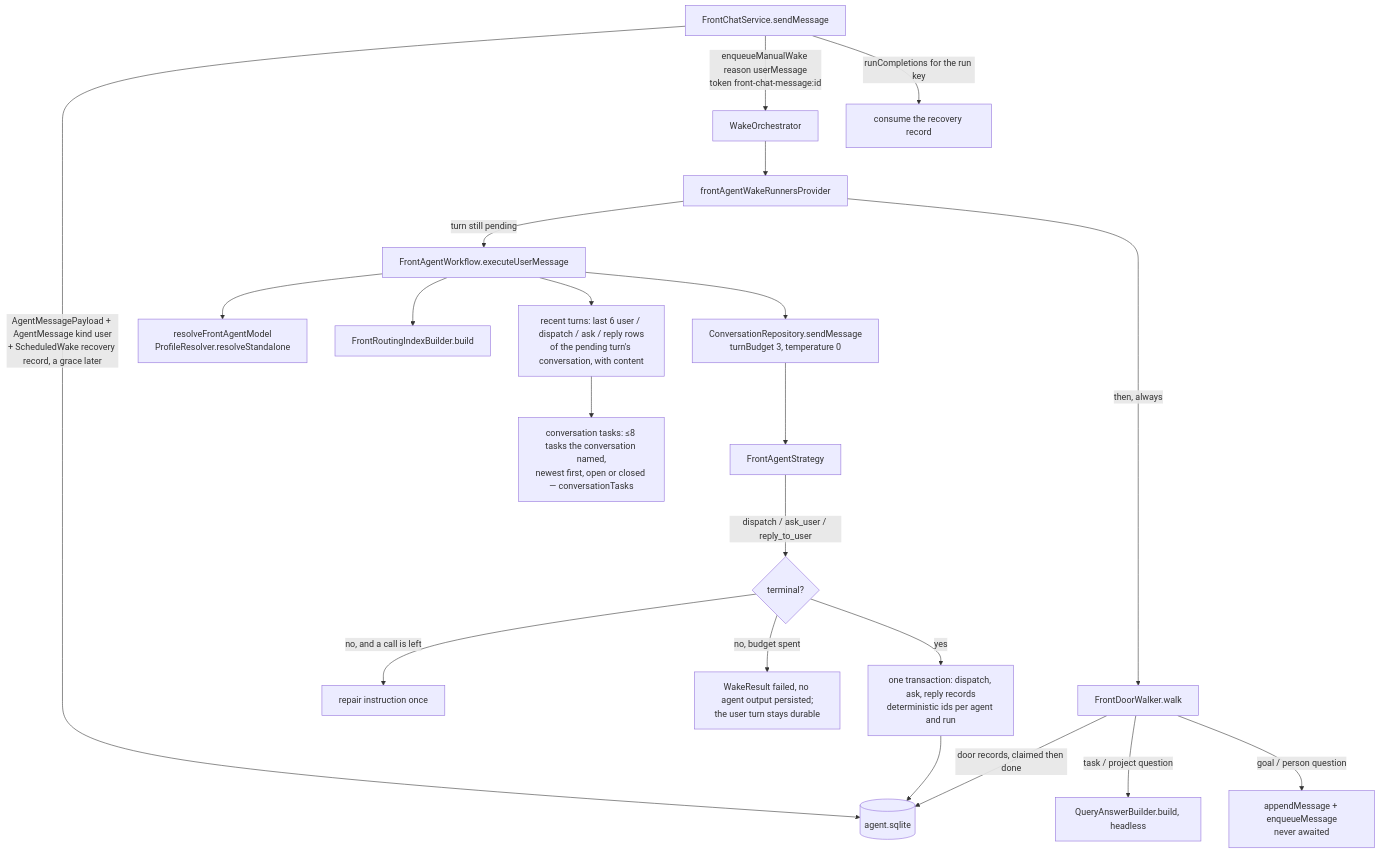
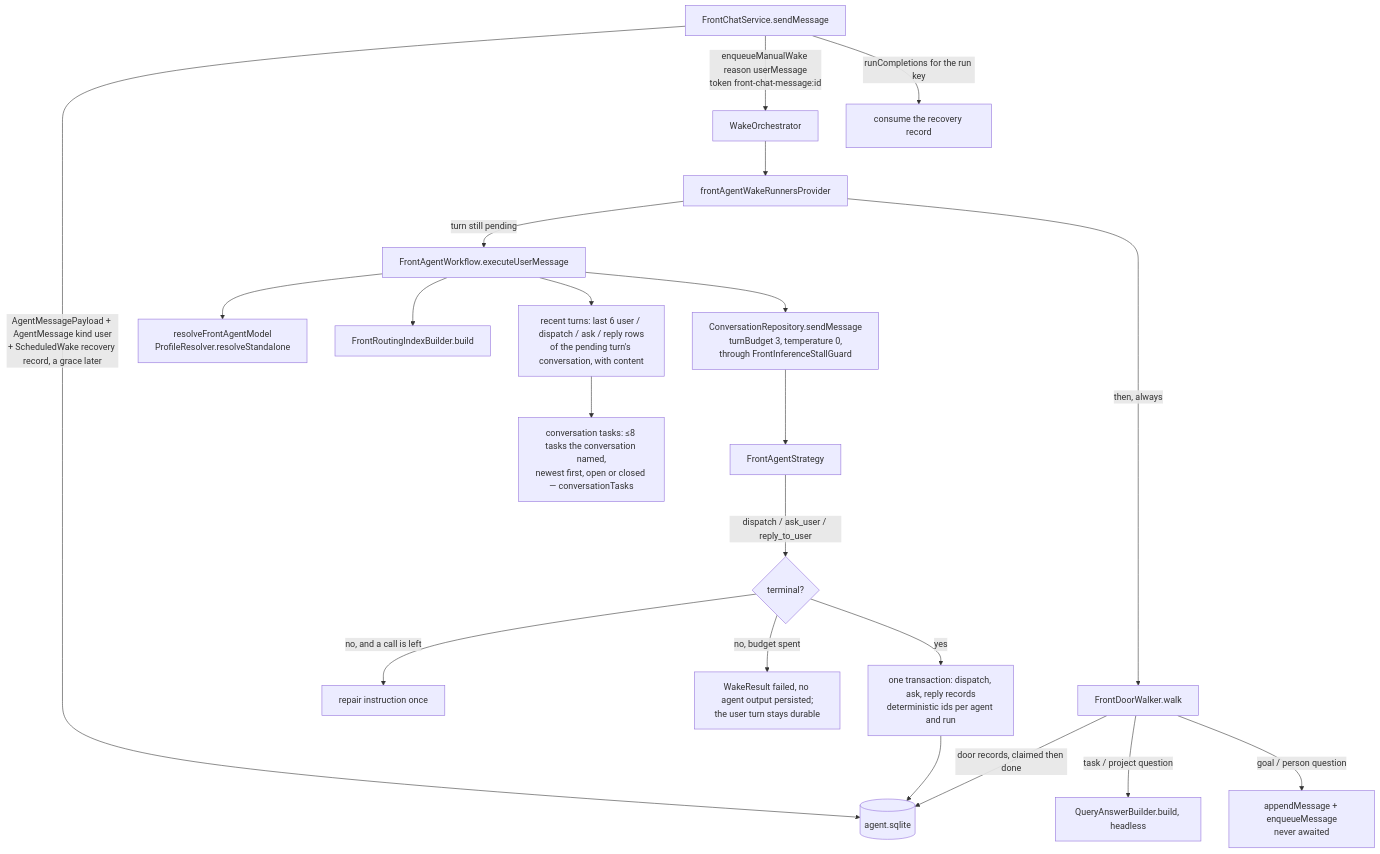
Before and after one commit to matthiasn/lotti: the first of 12 diagrams in knowledge/features/front_agent.md, drawn with Mermaid. The commit also changed other lines of this file and 42 other files, not shown here.

````diff
--- a/knowledge/features/front_agent.md
+++ b/knowledge/features/front_agent.md
@@ -233,23 +241,23 @@
 ```mermaid
 flowchart TD
   U[FrontChatService.sendMessage] -->|AgentMessagePayload + AgentMessage kind user<br/>+ ScheduledWake recovery record, a grace later| D[(agent.sqlite)]
   U -->|enqueueManualWake reason userMessage<br/>token front-chat-message:id| W[WakeOrchestrator]
   W --> R[frontAgentWakeRunnersProvider]
   R -->|turn still pending| X[FrontAgentWorkflow.executeUserMessage]
   R -->|then, always| K[FrontDoorWalker.walk]
   K -->|door records, claimed then done| D
   K -->|task / project question| Q[QueryAnswerBuilder.build, headless]
   K -->|goal / person question| G[appendMessage + enqueueMessage<br/>never awaited]
   U -->|runCompletions for the run key| V[consume the recovery record]
   X --> M[resolveFrontAgentModel<br/>ProfileResolver.resolveStandalone]
   X --> I[FrontRoutingIndexBuilder.build]
   X --> T[recent turns: last 6 user / dispatch / ask / reply rows<br/>of the pending turn's conversation, with content]
   T --> N[conversation tasks: ≤8 tasks the conversation named,<br/>newest first, open or closed — conversationTasks]
-  X --> C[ConversationRepository.sendMessage<br/>turnBudget 3, temperature 0]
+  X --> C[ConversationRepository.sendMessage<br/>turnBudget 3, temperature 0,<br/>through FrontInferenceStallGuard]
   C --> S[FrontAgentStrategy]
   S -->|dispatch / ask_user / reply_to_user| E{terminal?}
   E -->|no, and a call is left| P[repair instruction once]
   E -->|no, budget spent| F[WakeResult failed, no agent output persisted;<br/>the user turn stays durable]
   E -->|yes| O[one transaction: dispatch, ask, reply records<br/>deterministic ids per agent and run]
   O --> D
 ```
````
